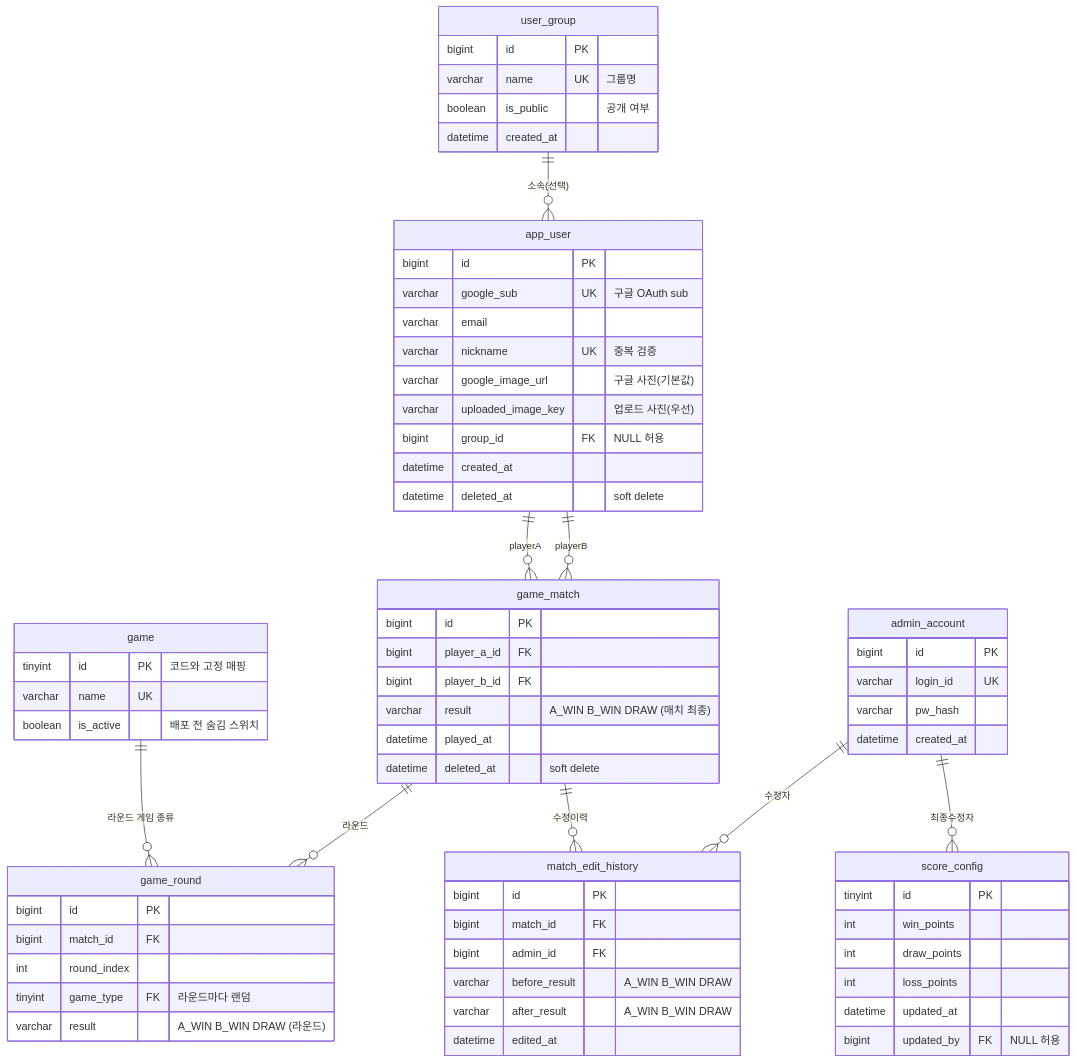
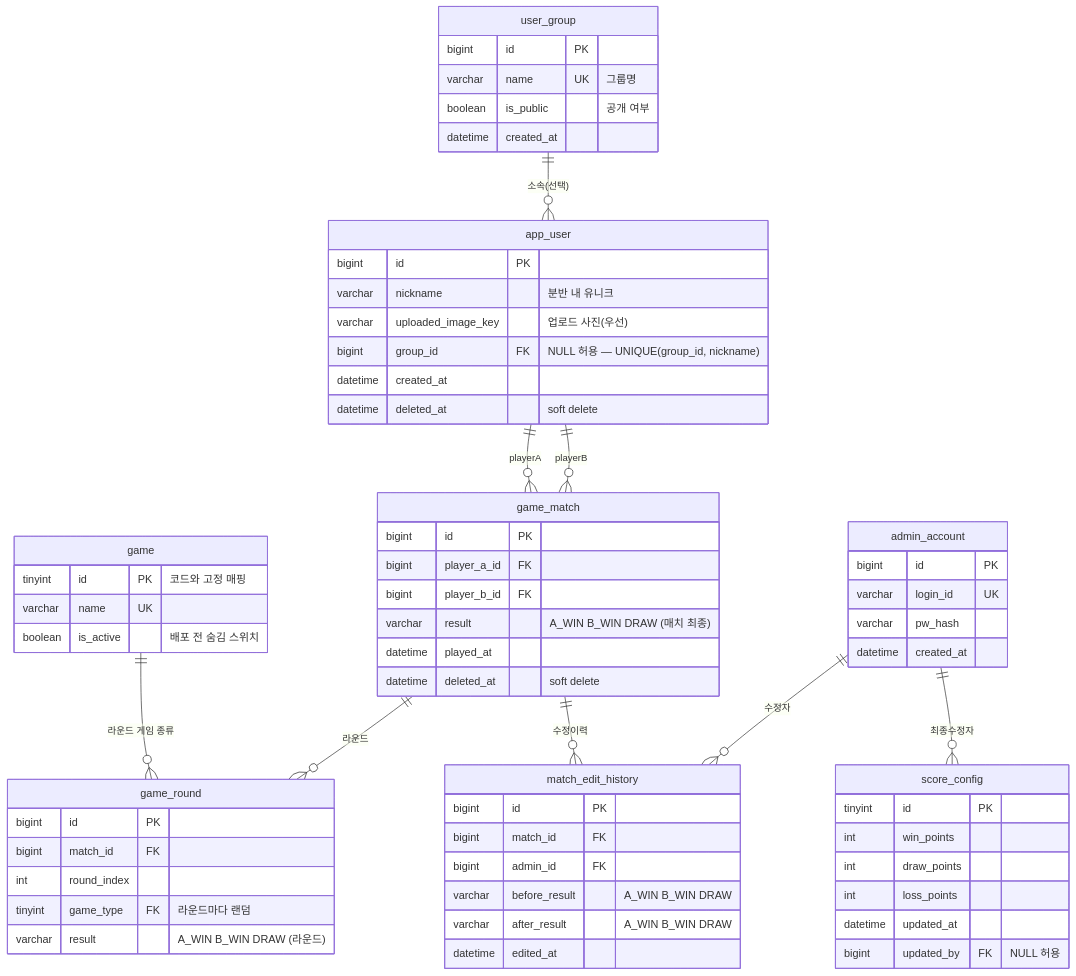
The diagram in docs/ERD.md (madcamp-official/26s-w1-c1-07), drawn with Mermaid before and after one commit. The commit also changed other lines of this file and 25 other files, not shown here.

````diff
--- a/docs/ERD.md
+++ b/docs/ERD.md
@@ -32,71 +38,68 @@
 ```mermaid
 erDiagram
     user_group ||--o{ app_user : "소속(선택)"
     game ||--o{ game_round : "라운드 게임 종류"
     game_match ||--o{ game_round : "라운드"
     app_user ||--o{ game_match : "playerA"
     app_user ||--o{ game_match : "playerB"
     game_match ||--o{ match_edit_history : "수정이력"
     admin_account ||--o{ match_edit_history : "수정자"
     admin_account ||--o{ score_config : "최종수정자"
 
     game {
         tinyint id PK "코드와 고정 매핑"
         varchar name UK
         boolean is_active "배포 전 숨김 스위치"
     }
     user_group {
         bigint id PK
         varchar name UK "그룹명"
         boolean is_public "공개 여부"
         datetime created_at
     }
     app_user {
         bigint id PK
-        varchar google_sub UK "구글 OAuth sub"
-        varchar email
-        varchar nickname UK "중복 검증"
-        varchar google_image_url "구글 사진(기본값)"
+        varchar nickname "분반 내 유니크"
         varchar uploaded_image_key "업로드 사진(우선)"
-        bigint group_id FK "NULL 허용"
+        bigint group_id FK "NULL 허용 — UNIQUE(group_id, nickname)"
         datetime created_at
         datetime deleted_at "soft delete"
     }
     admin_account {
         bigint id PK
         varchar login_id UK
         varchar pw_hash
         datetime created_at
     }
     game_match {
         bigint id PK
         bigint player_a_id FK
         bigint player_b_id FK
         varchar result "A_WIN B_WIN DRAW (매치 최종)"
         datetime played_at
         datetime deleted_at "soft delete"
     }
     game_round {
         bigint id PK
         bigint match_id FK
         int round_index
         tinyint game_type FK "라운드마다 랜덤"
         varchar result "A_WIN B_WIN DRAW (라운드)"
     }
     match_edit_history {
         bigint id PK
         bigint match_id FK
         bigint admin_id FK
         varchar before_result "A_WIN B_WIN DRAW"
         varchar after_result "A_WIN B_WIN DRAW"
         datetime edited_at
     }
     score_config {
         tinyint id PK
         int win_points
         int draw_points
         int loss_points
         datetime updated_at
         bigint updated_by FK "NULL 허용"
     }
 ```
````
